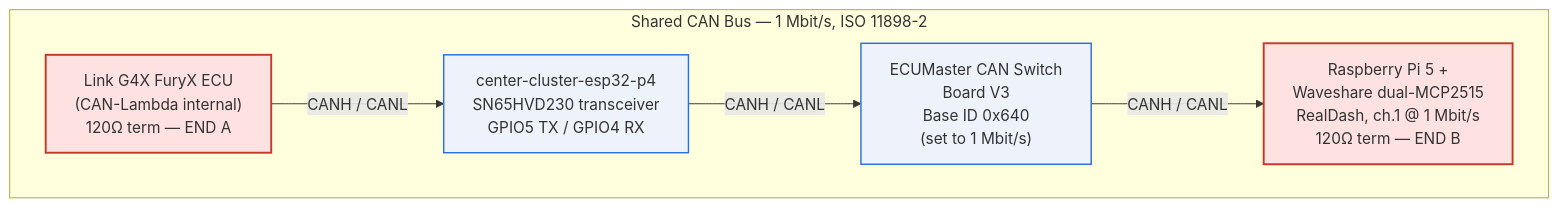
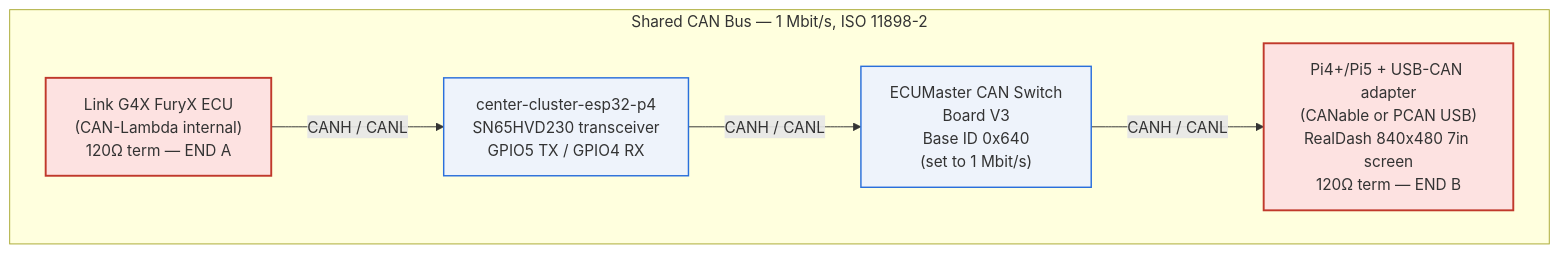
One commit to living-relation/st185-link-ecu-config changed the diagram in WIRING.md. Above: the diagram before and after it, drawn with Mermaid. The commit also changed other lines of this file and 3 other files, not shown here.

Commit message:
fix: trim RealDash to 3 ECU frames, add cruise stalk wiring, correct Pi hardware

````diff
--- a/WIRING.md
+++ b/WIRING.md
@@ -161,19 +161,19 @@
 ```mermaid
 graph LR
     subgraph BUS["Shared CAN Bus — 1 Mbit/s, ISO 11898-2"]
         direction LR
         ECU["Link G4X FuryX ECU<br/>(CAN-Lambda internal)<br/>120Ω term — END A"]
         CENTER["center-cluster-esp32-p4<br/>SN65HVD230 transceiver<br/>GPIO5 TX / GPIO4 RX"]
         SWB["ECUMaster CAN Switch<br/>Board V3<br/>Base ID 0x640<br/>(set to 1 Mbit/s)"]
-        PI5["Raspberry Pi 5 +<br/>Waveshare dual-MCP2515<br/>RealDash, ch.1 @ 1 Mbit/s<br/>120Ω term — END B"]
+        PI5["Pi4+/Pi5 + USB-CAN adapter<br/>(CANable or PCAN USB)<br/>RealDash 840x480 7in screen<br/>120Ω term — END B"]
 
         ECU -- "CANH / CANL" --> CENTER
         CENTER -- "CANH / CANL" --> SWB
         SWB -- "CANH / CANL" --> PI5
     end
 
     classDef term fill:#fde2e1,stroke:#c0392b,stroke-width:2px;
     classDef node fill:#eef3fb,stroke:#2a6fdb,stroke-width:1.5px;
     class ECU,PI5 term;
     class CENTER,SWB node;
 ```
````
